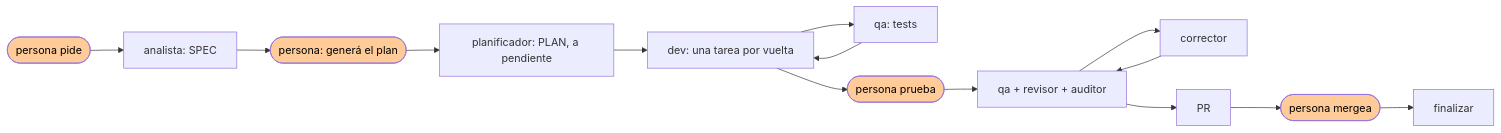
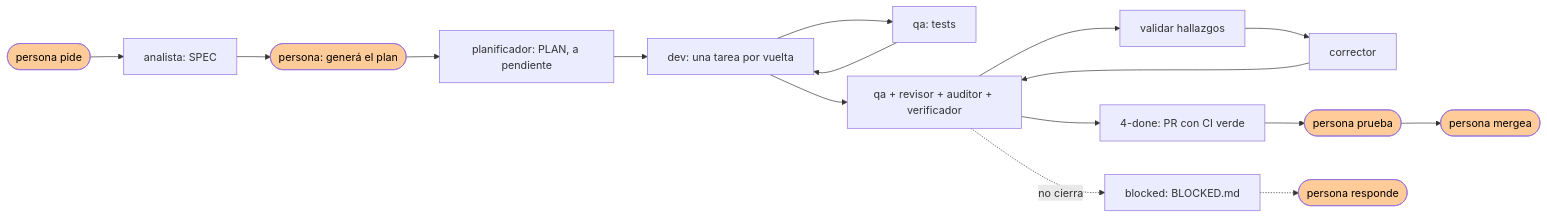
One commit to octavio-parozlabs/mindstack changed the diagram in README.md. Above: the diagram before and after it, drawn with Mermaid. The commit also changed other lines of this file and 44 other files, not shown here.

````diff
--- a/README.md
+++ b/README.md
@@ -5,9 +5,10 @@
 ```mermaid
 flowchart LR
     A([persona pide]) --> S[analista: SPEC] --> OK([persona: generá el plan]) --> P[planificador: PLAN, a pendiente]
     P --> D[dev: una tarea por vuelta] --> Q[qa: tests] --> D
-    D --> PR([persona prueba]) --> R[qa + revisor + auditor] --> C[corrector] --> R
-    R --> G[PR] --> M([persona mergea]) --> F[finalizar]
+    D --> R[qa + revisor + auditor + verificador] --> V[validar hallazgos] --> C[corrector] --> R
+    R --> G["4-done: PR con CI verde"] --> PR([persona prueba]) --> M([persona mergea])
+    R -. no cierra .-> B["blocked: BLOCKED.md"] -.-> PB([persona responde])
     classDef persona fill:#fc9,color:#000
-    class A,OK,PR,M persona
+    class A,OK,PR,M,PB persona
 ```
````
